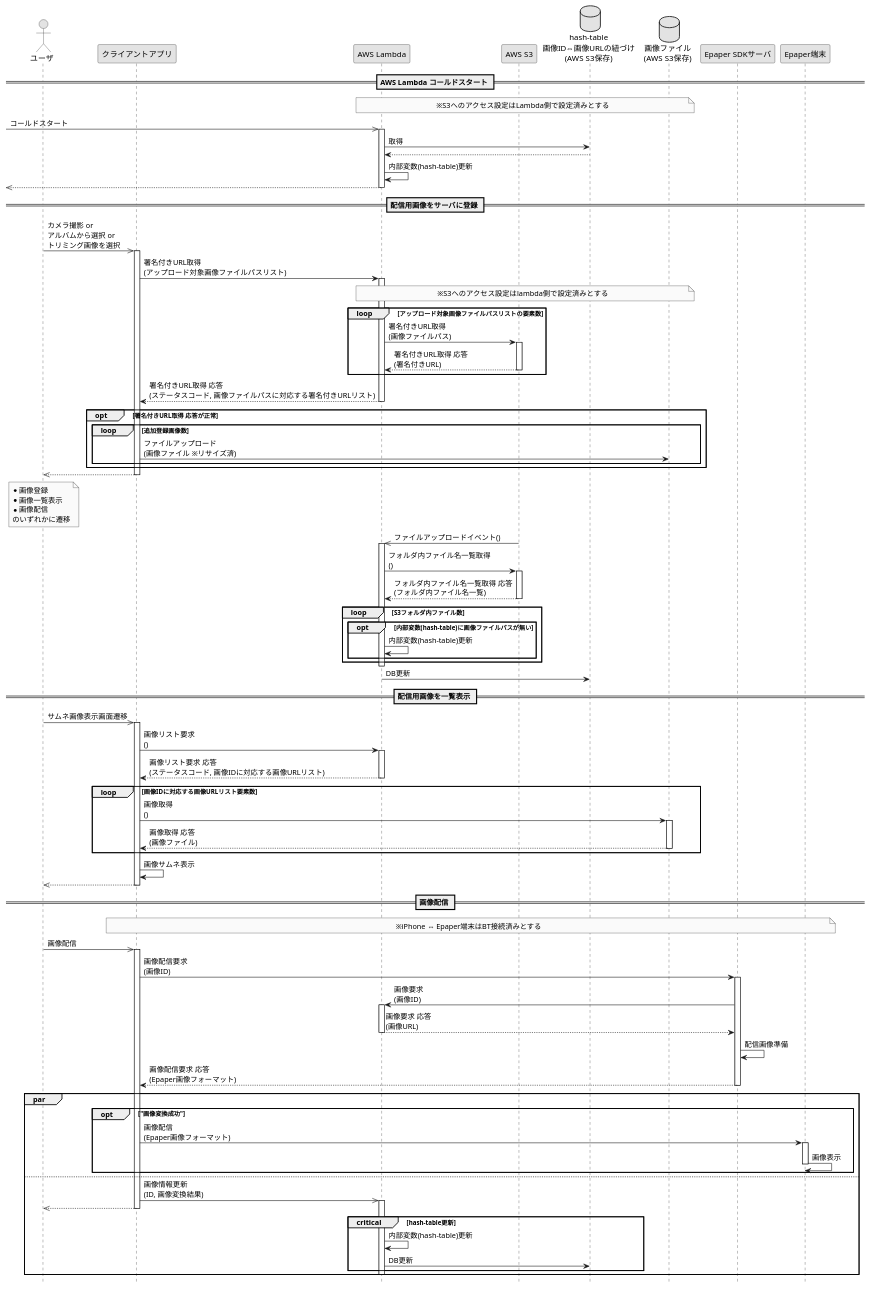
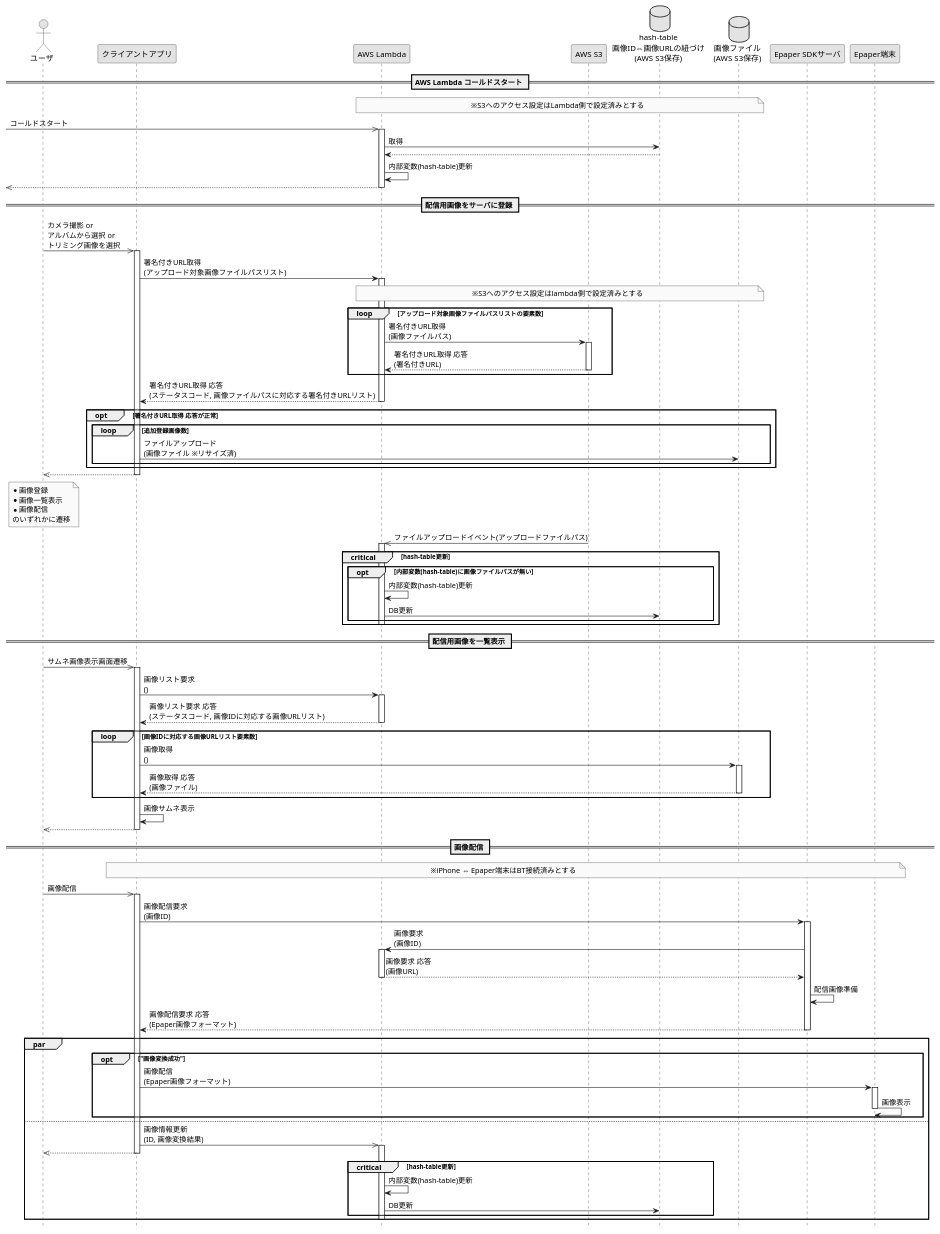
One commit to scdhub/E-Paper-App-Server-for-5.65 changed the diagram in uml/sequence/ESL_sequence.pu. Above: the diagram before and after it, drawn with PlantUML. The commit also changed 9 other files, not shown here.

```diff
--- a/uml/sequence/ESL_sequence.pu
+++ b/uml/sequence/ESL_sequence.pu
@@ -1,99 +1,97 @@
 @startuml ESLアプリサーバシーケンス図
 skinparam Monochrome true
 hide footbox
 
 actor "ユーザ" as user
 participant "クライアントアプリ" as cltapp
 participant "AWS Lambda" as aws_lambda
 participant "AWS S3" as aws_s3
 database "hash-table\n画像ID⇔画像URLの紐づけ\n(AWS S3保存)" as hash_table
 database "画像ファイル\n(AWS S3保存)" as imageDatas
 participant "Epaper SDKサーバ" as sdksrv
 participant "Epaper端末" as epaper
 
 == AWS Lambda コールドスタート ==
 note over aws_lambda, imageDatas
     ※S3へのアクセス設定はLambda側で設定済みとする
 end note
 [->>aws_lambda ++ : コールドスタート
 aws_lambda -> hash_table : 取得
 aws_lambda <-- hash_table
 aws_lambda -> aws_lambda : 内部変数(hash-table)更新
 [<<--aws_lambda --
 
 == 配信用画像をサーバに登録 ==
 user ->> cltapp ++ : カメラ撮影 or\nアルバムから選択 or\nトリミング画像を選択
 cltapp -> aws_lambda ++ : 署名付きURL取得\n(アップロード対象画像ファイルパスリスト)
 
 note over aws_lambda, imageDatas
     ※S3へのアクセス設定はlambda側で設定済みとする
 end note
 loop アップロード対象画像ファイルパスリストの要素数
     aws_lambda -> aws_s3 ++ : 署名付きURL取得\n(画像ファイルパス)
     aws_lambda <-- aws_s3 -- : 署名付きURL取得 応答\n(署名付きURL)
 end
 cltapp <-- aws_lambda -- : 署名付きURL取得 応答\n(ステータスコード, 画像ファイルパスに対応する署名付きURLリスト)
 
 opt 署名付きURL取得 応答が正常
     loop 追加登録画像数
         cltapp -> imageDatas : ファイルアップロード\n(画像ファイル ※リサイズ済)
     end
 end
 user <<-- cltapp --
 note over user
     * 画像登録
     * 画像一覧表示
     * 画像配信
     のいずれかに遷移
 end note
 
-aws_s3 ->> aws_lambda ++ : ファイルアップロードイベント()
-aws_lambda -> aws_s3 ++ : フォルダ内ファイル名一覧取得\n()
-aws_lambda <-- aws_s3 -- : フォルダ内ファイル名一覧取得 応答\n(フォルダ内ファイル名一覧)
-loop S3フォルダ内ファイル数
+aws_s3 ->> aws_lambda ++ : ファイルアップロードイベント(アップロードファイルパス)
+critical hash-table更新
     opt 内部変数(hash-table)に画像ファイルパスが無い
         aws_lambda -> aws_lambda : 内部変数(hash-table)更新
+        aws_lambda -> hash_table : DB更新
     end
+deactivate aws_lambda
 end
-deactivate aws_lambda
-aws_lambda -> hash_table : DB更新
 
 
 == 配信用画像を一覧表示 ==
 user ->> cltapp ++ : サムネ画像表示画面遷移
 cltapp -> aws_lambda ++ : 画像リスト要求\n()
 cltapp <-- aws_lambda -- : 画像リスト要求 応答\n(ステータスコード, 画像IDに対応する画像URLリスト)
 loop 画像IDに対応する画像URLリスト要素数
     cltapp -> imageDatas ++ : 画像取得\n()
     cltapp <-- imageDatas -- : 画像取得 応答\n(画像ファイル)
 end
 cltapp -> cltapp : 画像サムネ表示
 user <<-- cltapp --
 
 
 == 画像配信 ==
 note over cltapp, epaper
     ※iPhone ⇔ Epaper端末はBT接続済みとする
 end note
 user ->> cltapp ++ : 画像配信
 cltapp -> sdksrv ++ : 画像配信要求\n(画像ID)
 sdksrv -> aws_lambda ++ : 画像要求\n(画像ID)
 sdksrv <-- aws_lambda -- : 画像要求 応答\n(画像URL)
 sdksrv -> sdksrv : 配信画像準備
 cltapp <-- sdksrv -- : 画像配信要求 応答\n(Epaper画像フォーマット)
 par
     opt "画像変換成功"
         cltapp -> epaper ++ : 画像配信\n(Epaper画像フォーマット)
         epaper -> epaper -- : 画像表示
     end
 else
     cltapp ->> aws_lambda ++ : 画像情報更新\n(ID, 画像変換結果)
     user <<-- cltapp --
     critical hash-table更新
         aws_lambda -> aws_lambda : 内部変数(hash-table)更新
         aws_lambda -> hash_table : DB更新
     end
     deactivate aws_lambda
 end
 
 @enduml
```
